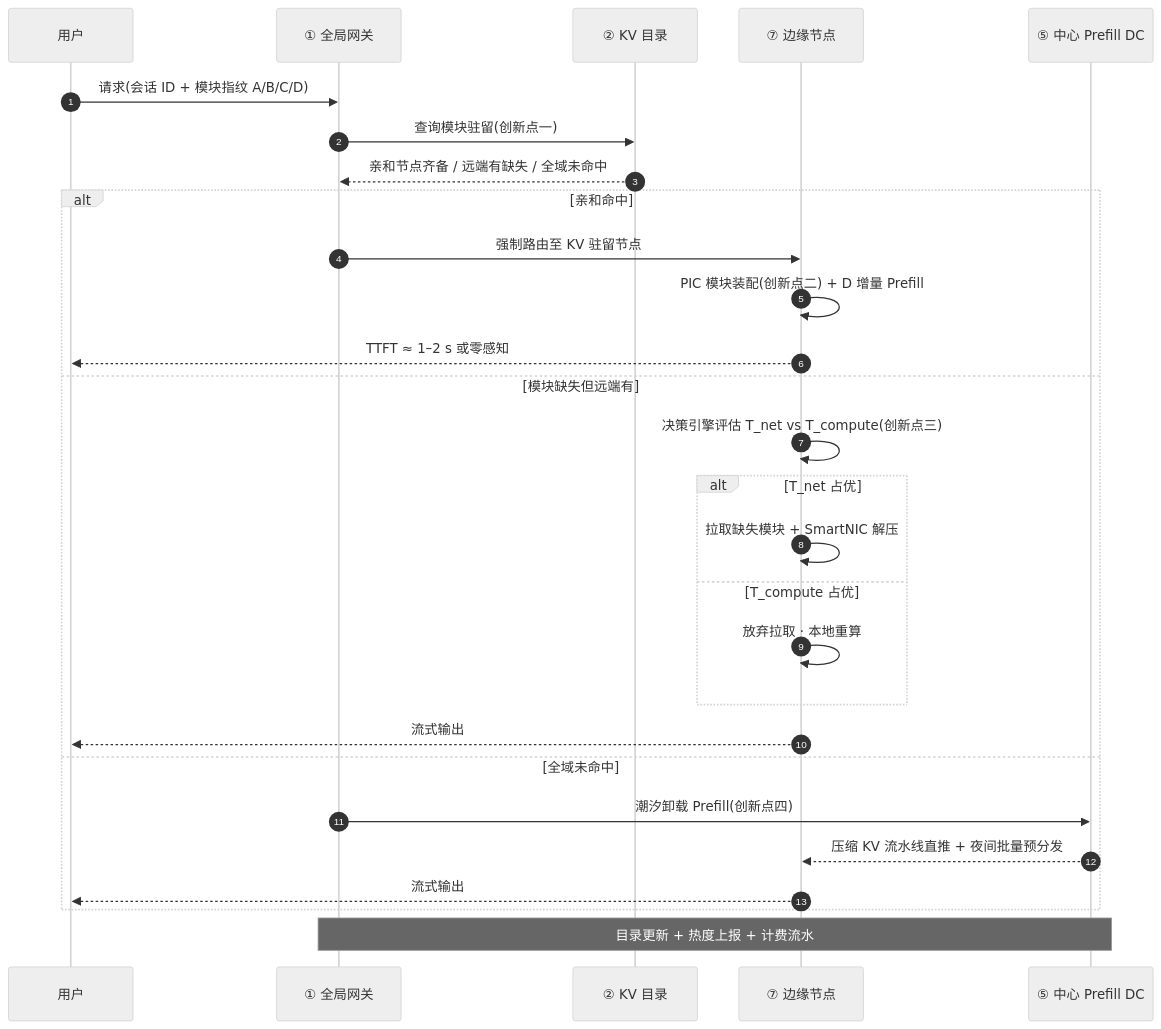
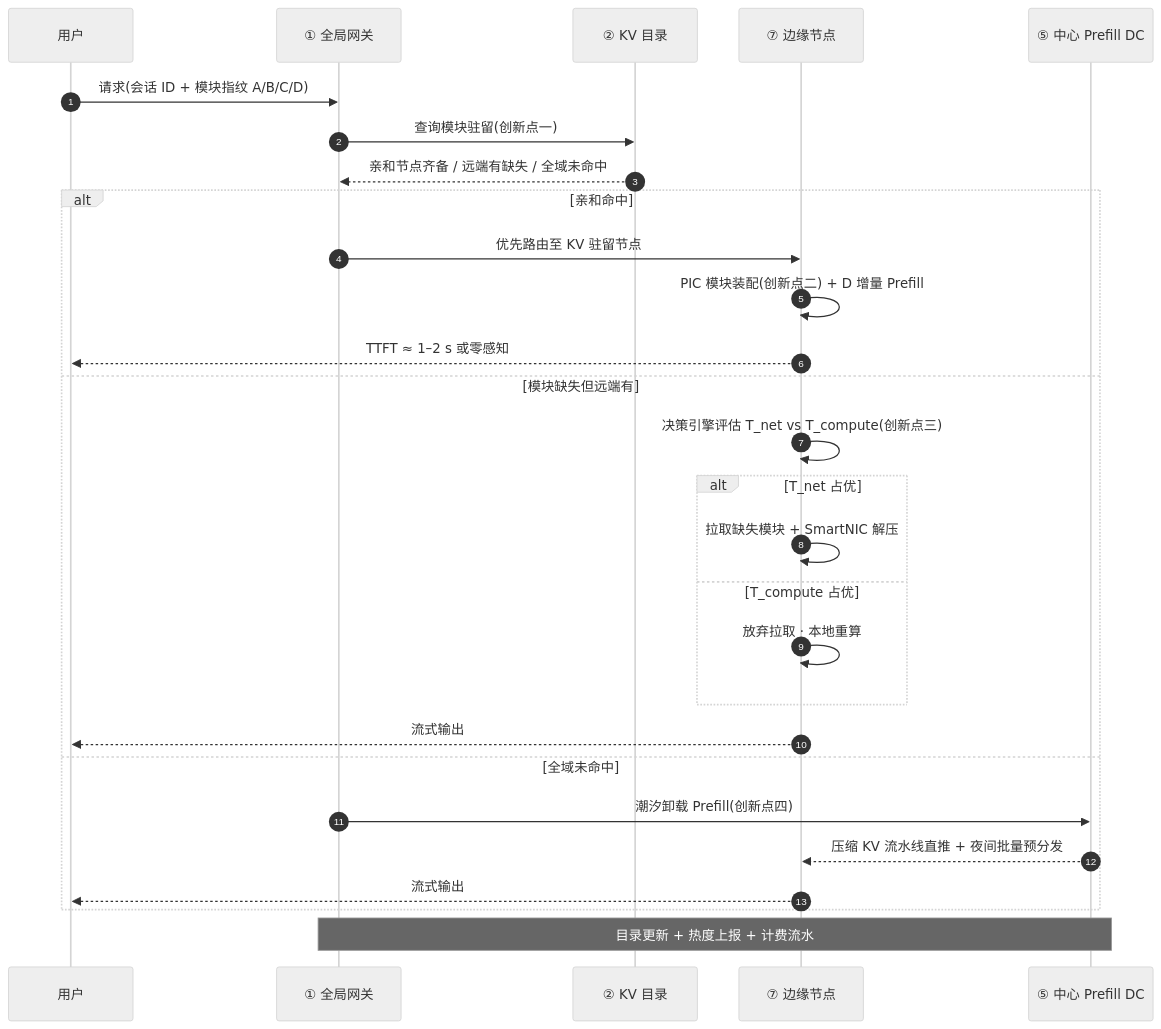
One commit to asml125-sketch/KVCacheCDNSolution changed diagram 12 of 13 in KV Cache CDN 解决方案构想报告（完整版V2）.md. Above: the diagram before and after it, drawn with Mermaid (neutral theme). The commit also changed other lines of this file and 2 other files, not shown here.

````diff
--- a/KV Cache CDN 解决方案构想报告（完整版V2）.md
+++ b/KV Cache CDN 解决方案构想报告（完整版V2）.md
@@ -838,30 +841,30 @@
 ```mermaid
 sequenceDiagram
     autonumber
     participant U as 用户
     participant GW as ① 全局网关
     participant CAT as ② KV 目录
     participant E as ⑦ 边缘节点
     participant Core as ⑤ 中心 Prefill DC
     U->>GW: 请求(会话 ID + 模块指纹 A/B/C/D)
     GW->>CAT: 查询模块驻留(创新点一)
     CAT-->>GW: 亲和节点齐备 / 远端有缺失 / 全域未命中
     alt 亲和命中
-        GW->>E: 强制路由至 KV 驻留节点
+        GW->>E: 优先路由至 KV 驻留节点
         E->>E: PIC 模块装配(创新点二) + D 增量 Prefill
         E-->>U: TTFT ≈ 1–2 s 或零感知
     else 模块缺失但远端有
         E->>E: 决策引擎评估 T_net vs T_compute(创新点三)
         alt T_net 占优
             E->>E: 拉取缺失模块 + SmartNIC 解压
         else T_compute 占优
             E->>E: 放弃拉取 · 本地重算
         end
         E-->>U: 流式输出
     else 全域未命中
         GW->>Core: 潮汐卸载 Prefill(创新点四)
         Core-->>E: 压缩 KV 流水线直推 + 夜间批量预分发
         E-->>U: 流式输出
     end
     Note over GW,Core: 目录更新 + 热度上报 + 计费流水
 ```
````
